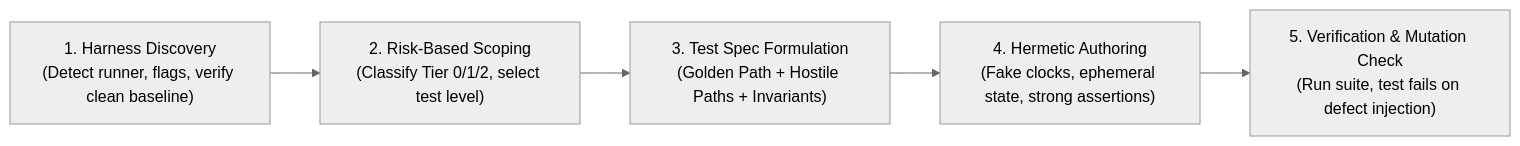
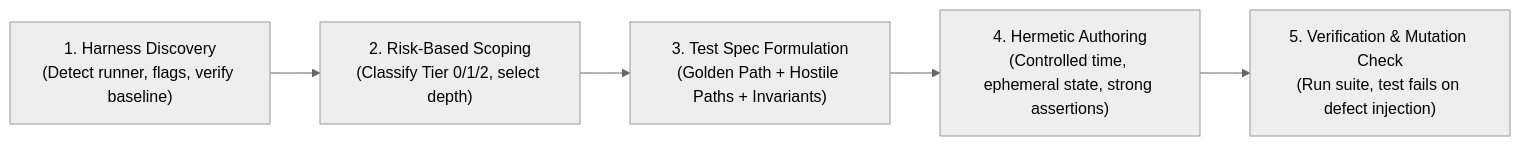
Before and after one commit to gowtham2thrive/agent-grimoire: the diagram in .agents/skills/testing/SKILL.md, drawn with Mermaid (neutral theme). The commit also changed other lines of this file and 31 other files, not shown here.

````diff
--- a/.agents/skills/testing/SKILL.md
+++ b/.agents/skills/testing/SKILL.md
@@ -22,7 +23,7 @@
 ```mermaid
 flowchart LR
-    P1["1. Harness Discovery<br/>(Detect runner, flags, verify clean baseline)"] --> P2["2. Risk-Based Scoping<br/>(Classify Tier 0/1/2, select test level)"]
+    P1["1. Harness Discovery<br/>(Detect runner, flags, verify baseline)"] --> P2["2. Risk-Based Scoping<br/>(Classify Tier 0/1/2, select depth)"]
     P2 --> P3["3. Test Spec Formulation<br/>(Golden Path + Hostile Paths + Invariants)"]
-    P3 --> P4["4. Hermetic Authoring<br/>(Fake clocks, ephemeral state, strong assertions)"]
+    P3 --> P4["4. Hermetic Authoring<br/>(Controlled time, ephemeral state, strong assertions)"]
     P4 --> P5["5. Verification & Mutation Check<br/>(Run suite, test fails on defect injection)"]
 ```
````
